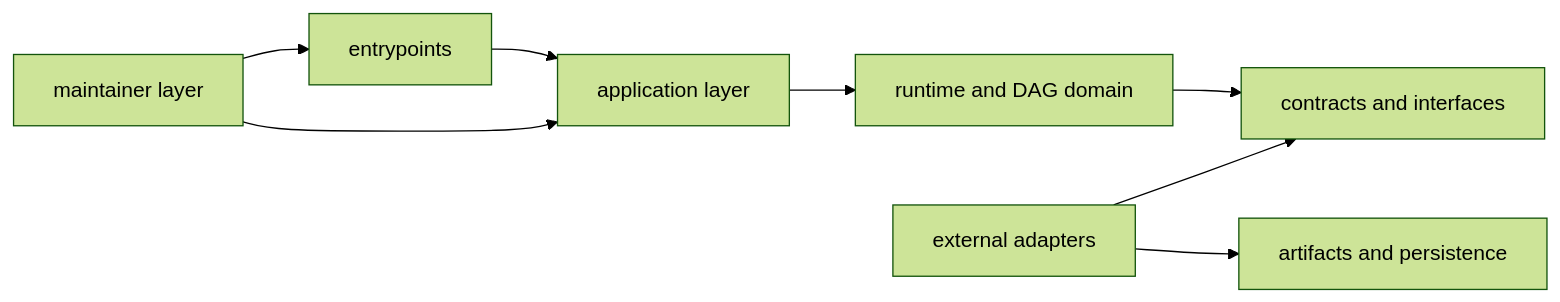
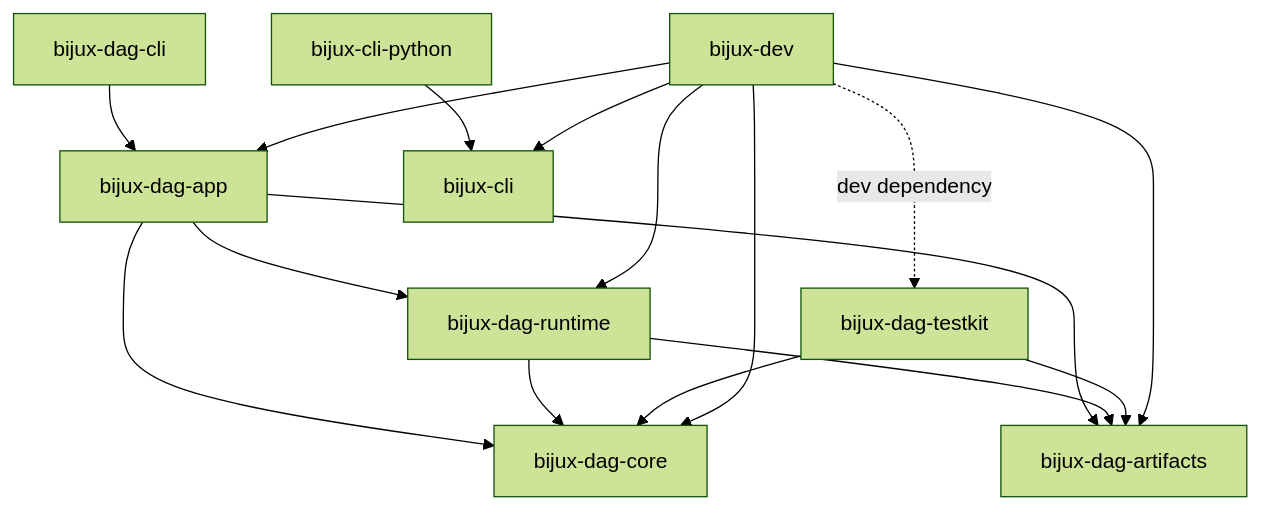
The diagram in docs/bijux-core/architecture/dependency-direction.md (bijux/bijux-cli), drawn with Mermaid (forest theme) before and after one commit. The commit also changed other lines of this file, not shown here.

Commit message:
docs(architecture): define enforced package direction

````diff
--- a/docs/bijux-core/architecture/dependency-direction.md
+++ b/docs/bijux-core/architecture/dependency-direction.md
@@ -21,10 +23,20 @@
 ```mermaid
-flowchart LR
-    entry["entrypoints"] --> app["application layer"]
-    app --> domain["runtime and DAG domain"]
-    domain --> ports["contracts and interfaces"]
-    adapters["external adapters"] --> ports
-    adapters --> store["artifacts and persistence"]
-    maintain["maintainer layer"] --> entry
-    maintain --> app
+flowchart TD
+    dag_cli["bijux-dag-cli"] --> dag_app["bijux-dag-app"]
+    dag_app --> dag_runtime["bijux-dag-runtime"]
+    dag_app --> dag_core["bijux-dag-core"]
+    dag_app --> dag_artifacts["bijux-dag-artifacts"]
+    dag_runtime --> dag_core
+    dag_runtime --> dag_artifacts
+    dag_testkit["bijux-dag-testkit"] --> dag_core
+    dag_testkit --> dag_artifacts
+
+    cli_python["bijux-cli-python"] --> cli["bijux-cli"]
+
+    dev["bijux-dev"] --> cli
+    dev --> dag_app
+    dev --> dag_runtime
+    dev --> dag_core
+    dev --> dag_artifacts
+    dev -. dev dependency .-> dag_testkit
 ```
````
